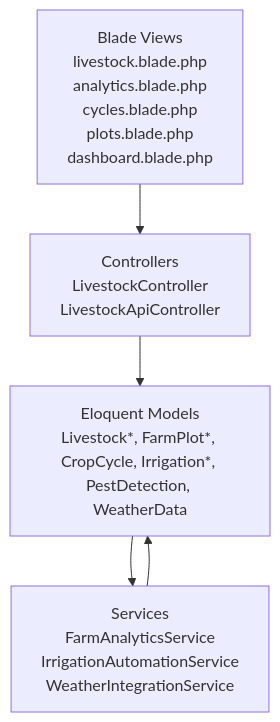
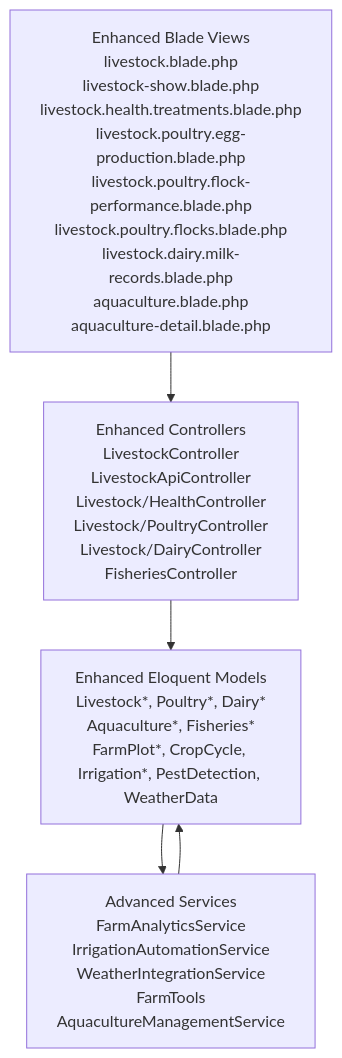
Before and after one commit to wahyudedik/qalcuityERP: the second of 14 diagrams in .qoder/repowiki/en/content/Industry-Specific Modules/Livestock & Agriculture Module/Livestock & Agriculture Module.md, drawn with Mermaid. The commit also changed other lines of this file and 626 other files, not shown here.

````diff
--- a/.qoder/repowiki/en/content/Industry-Specific Modules/Livestock & Agriculture Module/Livestock & Agriculture Module.md
+++ b/.qoder/repowiki/en/content/Industry-Specific Modules/Livestock & Agriculture Module/Livestock & Agriculture Module.md
@@ -164,11 +204,11 @@
 ```mermaid
 graph TB
-UI["Blade Views<br/>livestock.blade.php<br/>analytics.blade.php<br/>cycles.blade.php<br/>plots.blade.php<br/>dashboard.blade.php"]
-CTRL["Controllers<br/>LivestockController<br/>LivestockApiController"]
-MODELS["Eloquent Models<br/>Livestock*, FarmPlot*, CropCycle, Irrigation*, PestDetection, WeatherData"]
-SERVICES["Services<br/>FarmAnalyticsService<br/>IrrigationAutomationService<br/>WeatherIntegrationService"]
+UI["Enhanced Blade Views<br/>livestock.blade.php<br/>livestock-show.blade.php<br/>livestock.health.treatments.blade.php<br/>livestock.poultry.egg-production.blade.php<br/>livestock.poultry.flock-performance.blade.php<br/>livestock.poultry.flocks.blade.php<br/>livestock.dairy.milk-records.blade.php<br/>aquaculture.blade.php<br/>aquaculture-detail.blade.php"]
+CTRL["Enhanced Controllers<br/>LivestockController<br/>LivestockApiController<br/>Livestock/HealthController<br/>Livestock/PoultryController<br/>Livestock/DairyController<br/>FisheriesController"]
+MODELS["Enhanced Eloquent Models<br/>Livestock*, Poultry*, Dairy*<br/>Aquaculture*, Fisheries*<br/>FarmPlot*, CropCycle, Irrigation*, PestDetection, WeatherData"]
+SERVICES["Advanced Services<br/>FarmAnalyticsService<br/>IrrigationAutomationService<br/>WeatherIntegrationService<br/>FarmTools<br/>AquacultureManagementService"]
 UI --> CTRL
 CTRL --> MODELS
 MODELS --> SERVICES
 SERVICES --> MODELS
 ```
````
